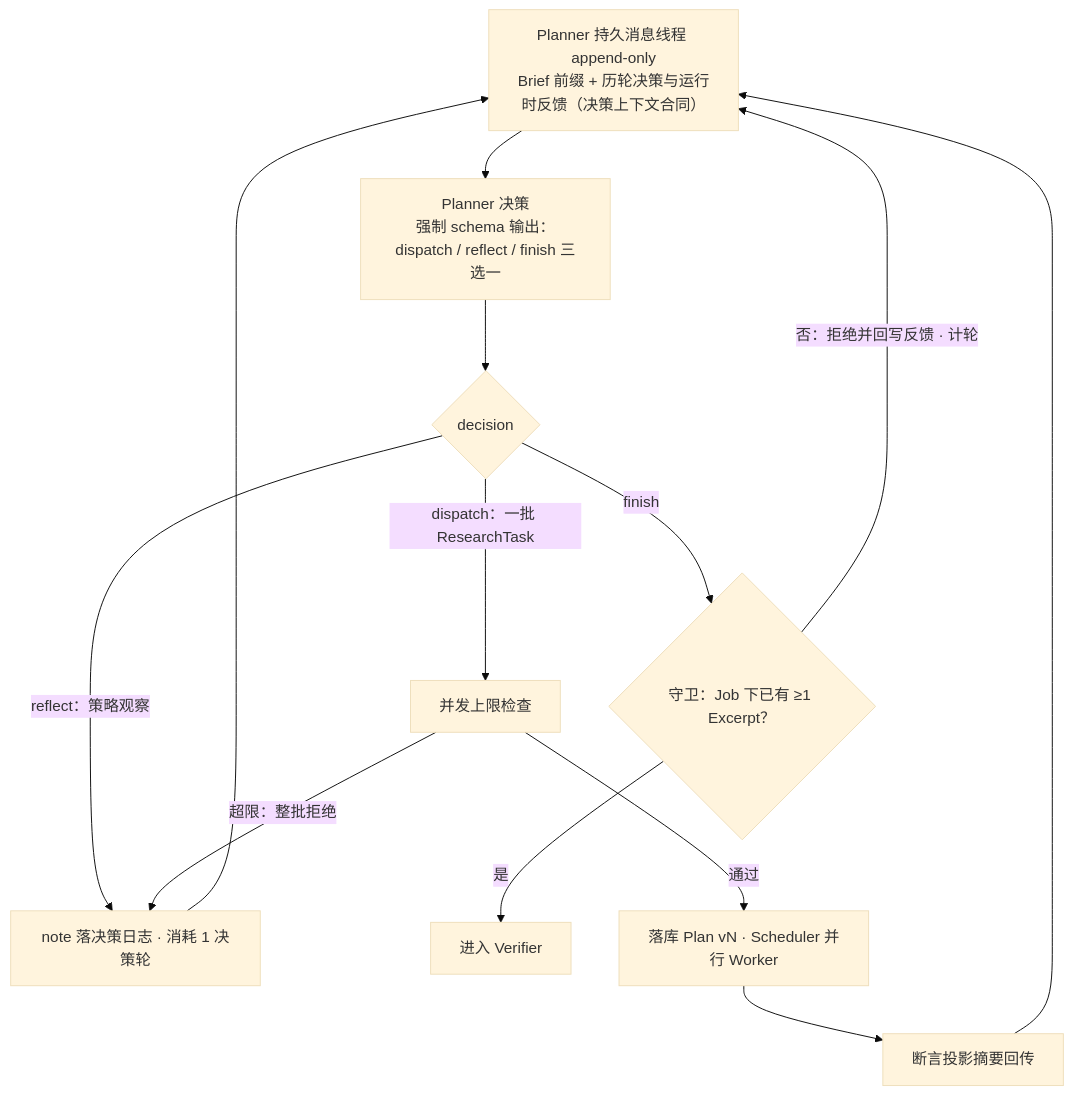
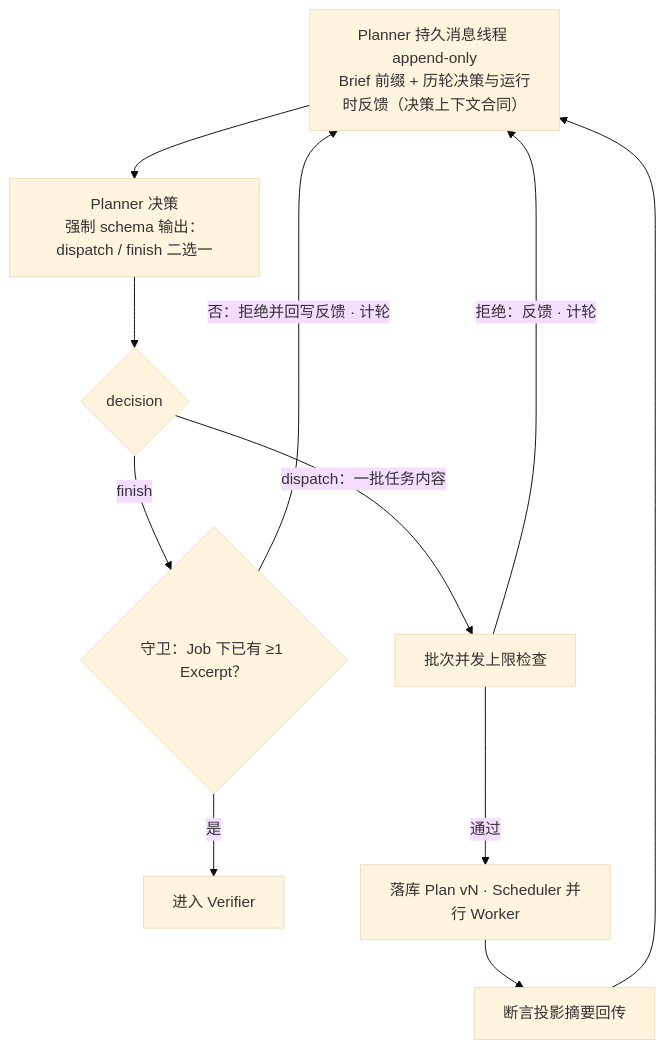
The third of 5 diagrams in docs/design.md (ecaps7/Prospector), drawn with Mermaid (base theme) before and after one commit. The commit also changed other lines of this file and 4 other files, not shown here.

Commit message:
docs: sync design and roadmap with the stage-free plan and report review

````diff
--- a/docs/design.md
+++ b/docs/design.md
@@ -594,15 +589,13 @@
 ```mermaid
 flowchart TD
-  A[Planner 持久消息线程 append-only<br/>Brief 前缀 + 历轮决策与运行时反馈（决策上下文合同）] --> B[Planner 决策<br/>强制 schema 输出：dispatch / reflect / finish 三选一]
+  A[Planner 持久消息线程 append-only<br/>Brief 前缀 + 历轮决策与运行时反馈（决策上下文合同）] --> B[Planner 决策<br/>强制 schema 输出：dispatch / finish 二选一]
   B --> C{decision}
-  C -->|dispatch：一批 ResearchTask| D[并发上限检查]
-  C -->|reflect：策略观察| E[note 落决策日志 · 消耗 1 决策轮]
+  C -->|dispatch：一批任务内容| D[批次并发上限检查]
   C -->|finish| FG{守卫：Job 下已有 ≥1 Excerpt？}
   FG -->|否：拒绝并回写反馈 · 计轮| A
   FG -->|是| F[进入 Verifier]
-  D -->|超限：整批拒绝| E
+  D -->|拒绝：反馈 · 计轮| A
   D -->|通过| G[落库 Plan vN · Scheduler 并行 Worker]
   G --> H[断言投影摘要回传]
   H --> A
-  E --> A
 ```
````
